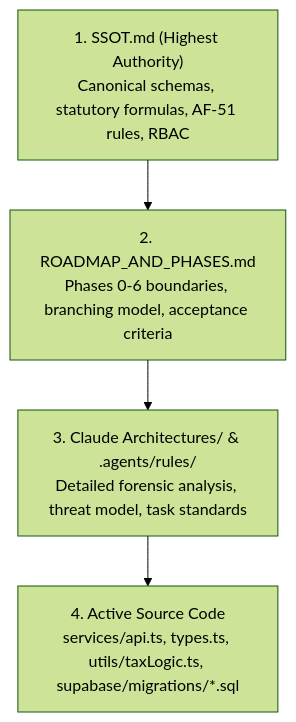
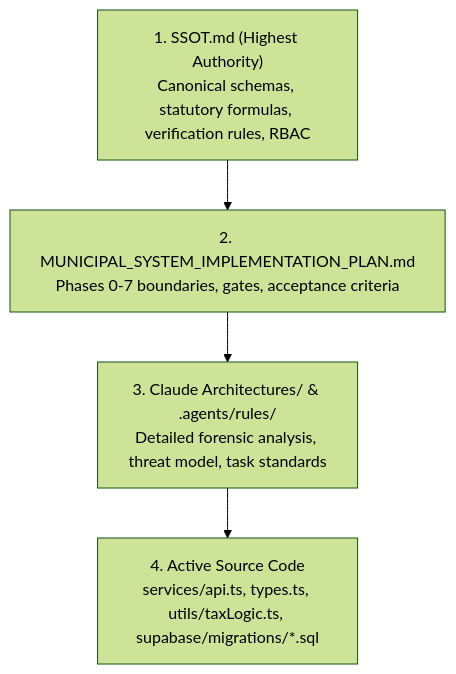
Before and after one commit to jeypi-mxnslvs/Municipal-Treasurers-Office-LGU: the diagram in AGENTS.md, drawn with Mermaid (forest theme). The commit also changed other lines of this file and 8 other files, not shown here.

Commit message:
docs: align architecture, SSOT, and progress tracking with municipal implementation plan

````diff
--- a/AGENTS.md
+++ b/AGENTS.md
@@ -19,6 +19,6 @@
 ```mermaid
 graph TD
-    SSOT["1. SSOT.md (Highest Authority)<br/>Canonical schemas, statutory formulas, AF-51 rules, RBAC"] --> Roadmap["2. ROADMAP_AND_PHASES.md<br/>Phases 0-6 boundaries, branching model, acceptance criteria"]
-    Roadmap --> ClaudeArch["3. Claude Architectures/ & .agents/rules/<br/>Detailed forensic analysis, threat model, task standards"]
+    SSOT["1. SSOT.md (Highest Authority)<br/>Canonical schemas, statutory formulas, verification rules, RBAC"] --> Plan["2. MUNICIPAL_SYSTEM_IMPLEMENTATION_PLAN.md<br/>Phases 0-7 boundaries, gates, acceptance criteria"]
+    Plan --> ClaudeArch["3. Claude Architectures/ & .agents/rules/<br/>Detailed forensic analysis, threat model, task standards"]
     ClaudeArch --> ExistingCode["4. Active Source Code<br/>services/api.ts, types.ts, utils/taxLogic.ts, supabase/migrations/*.sql"]
 ```
````
